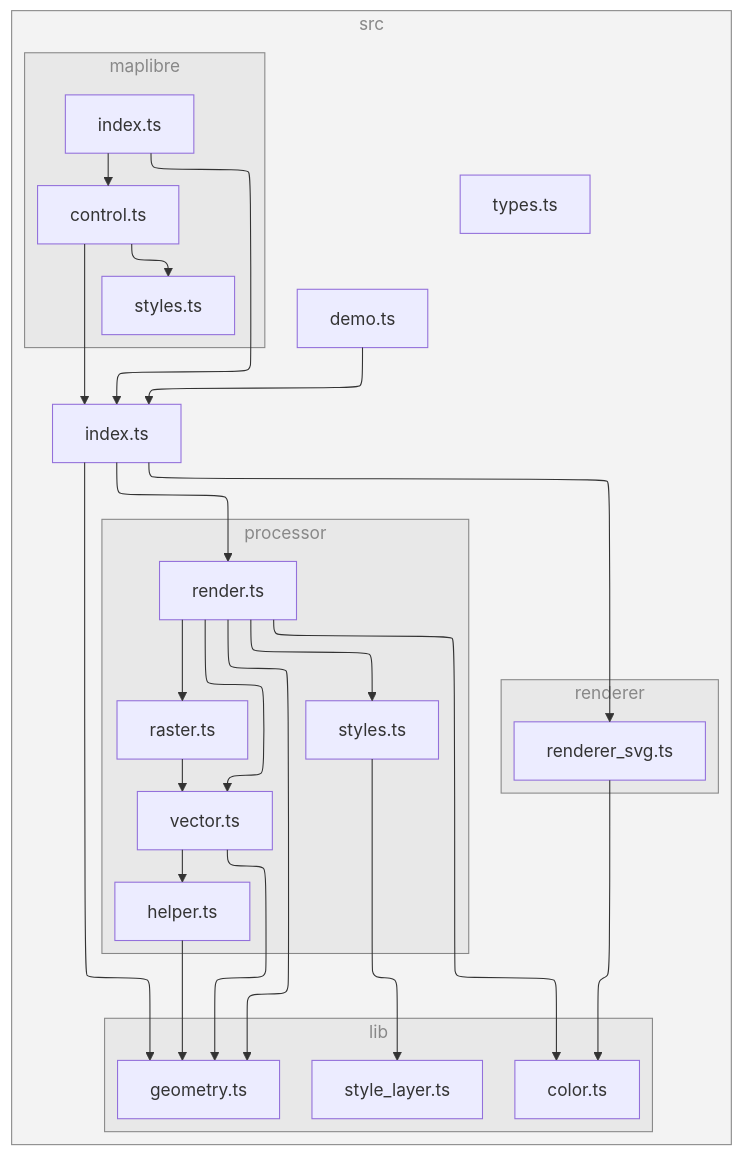
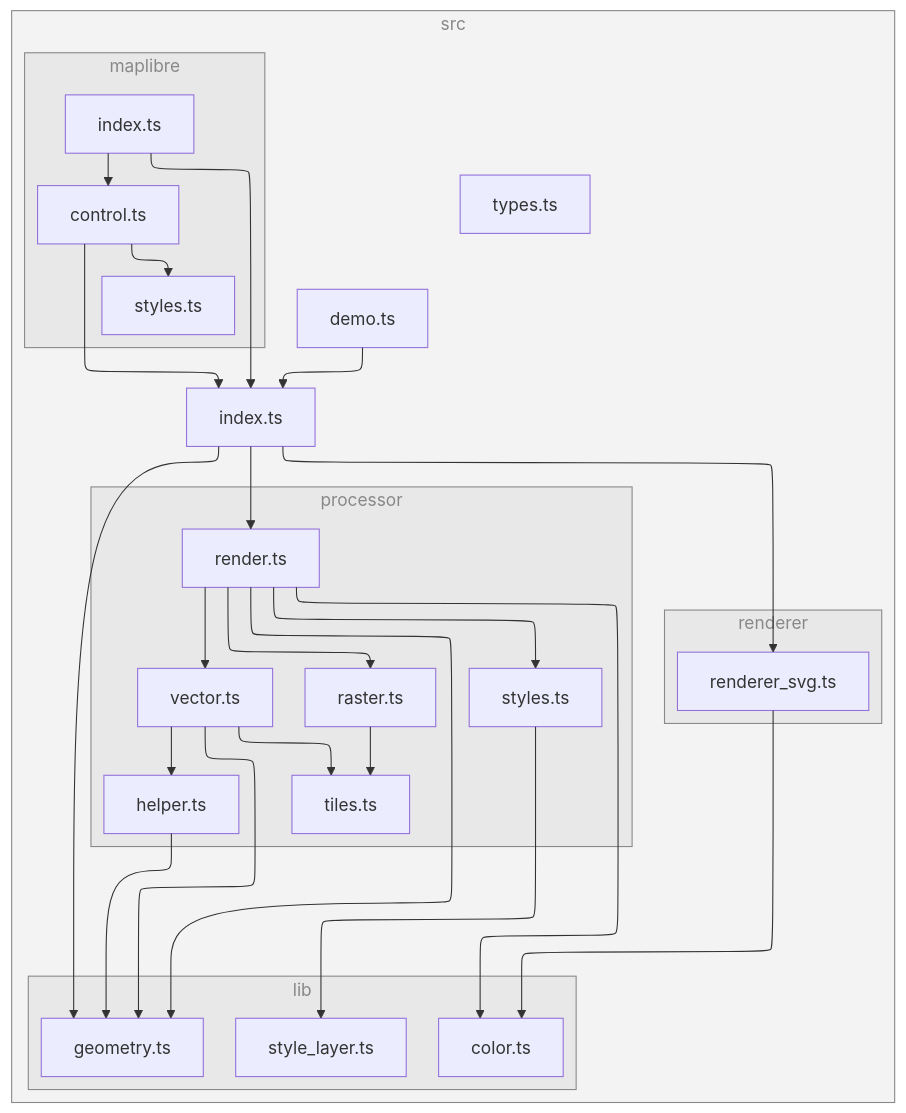
One commit to versatiles-org/versatiles-renderer changed the diagram in README.md. Above: the diagram before and after it, drawn with Mermaid.

Commit message:
fix: update dependency graph structure and correct subgraph references in README

````diff
--- a/README.md
+++ b/README.md
@@ -21,55 +21,57 @@
 ```mermaid
 ---
 config:
   layout: elk
 ---
 flowchart TB
 
 subgraph 0["src"]
 1["demo.ts"]
 2["index.ts"]
 subgraph 3["lib"]
 4["geometry.ts"]
 7["color.ts"]
-C["style_layer.ts"]
+B["style_layer.ts"]
 end
 subgraph 5["processor"]
 6["render.ts"]
 8["raster.ts"]
-9["vector.ts"]
-A["helper.ts"]
-B["styles.ts"]
+9["tiles.ts"]
+A["styles.ts"]
+C["vector.ts"]
+D["helper.ts"]
 end
-subgraph D["renderer"]
-E["renderer_svg.ts"]
+subgraph E["renderer"]
+F["renderer_svg.ts"]
 end
-subgraph F["maplibre"]
-G["control.ts"]
-H["styles.ts"]
-I["index.ts"]
+subgraph G["maplibre"]
+H["control.ts"]
+I["styles.ts"]
+J["index.ts"]
 end
-J["types.ts"]
+K["types.ts"]
 end
 1-->2
 2-->4
 2-->6
-2-->E
+2-->F
 6-->7
 6-->4
 6-->8
-6-->B
-6-->9
+6-->A
+6-->C
 8-->9
-9-->4
-9-->A
-A-->4
-B-->C
-E-->7
-G-->2
-G-->H
-I-->2
-I-->G
+A-->B
+C-->4
+C-->D
+C-->9
+D-->4
+F-->7
+H-->2
+H-->I
+J-->2
+J-->H
 
-class 0,3,5,D,F subgraphs;
+class 0,3,5,E,G subgraphs;
 classDef subgraphs fill-opacity:0.1, fill:#888, color:#888, stroke:#888;
 ```
````
